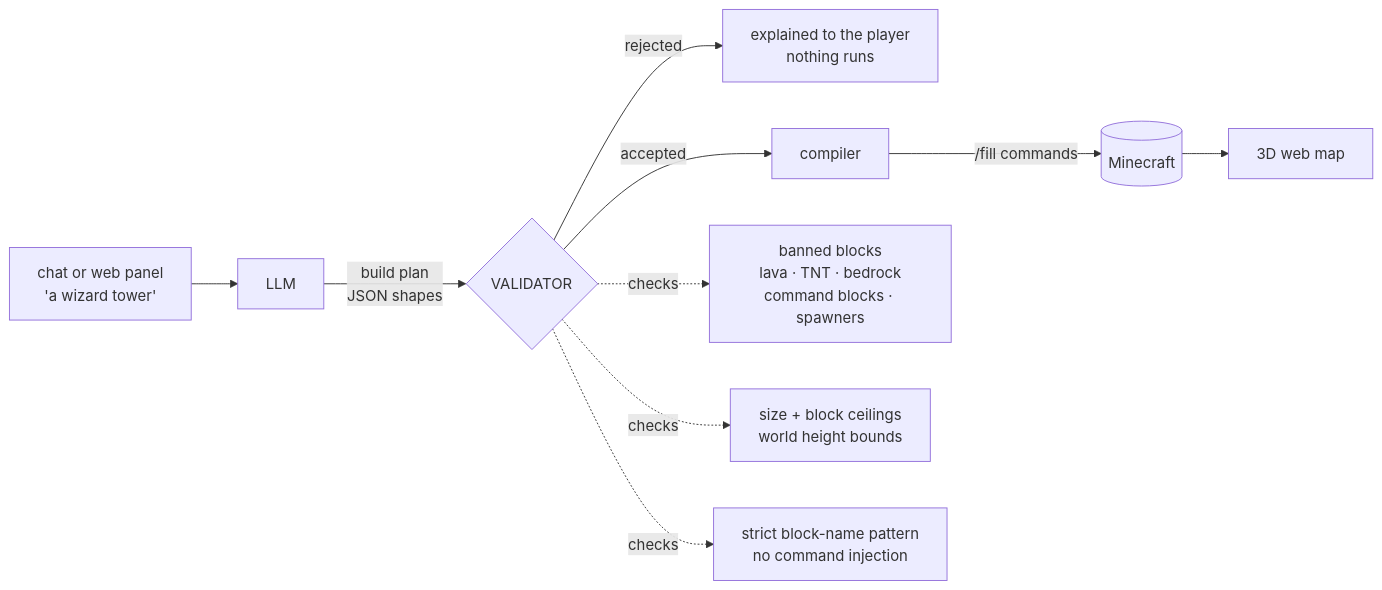
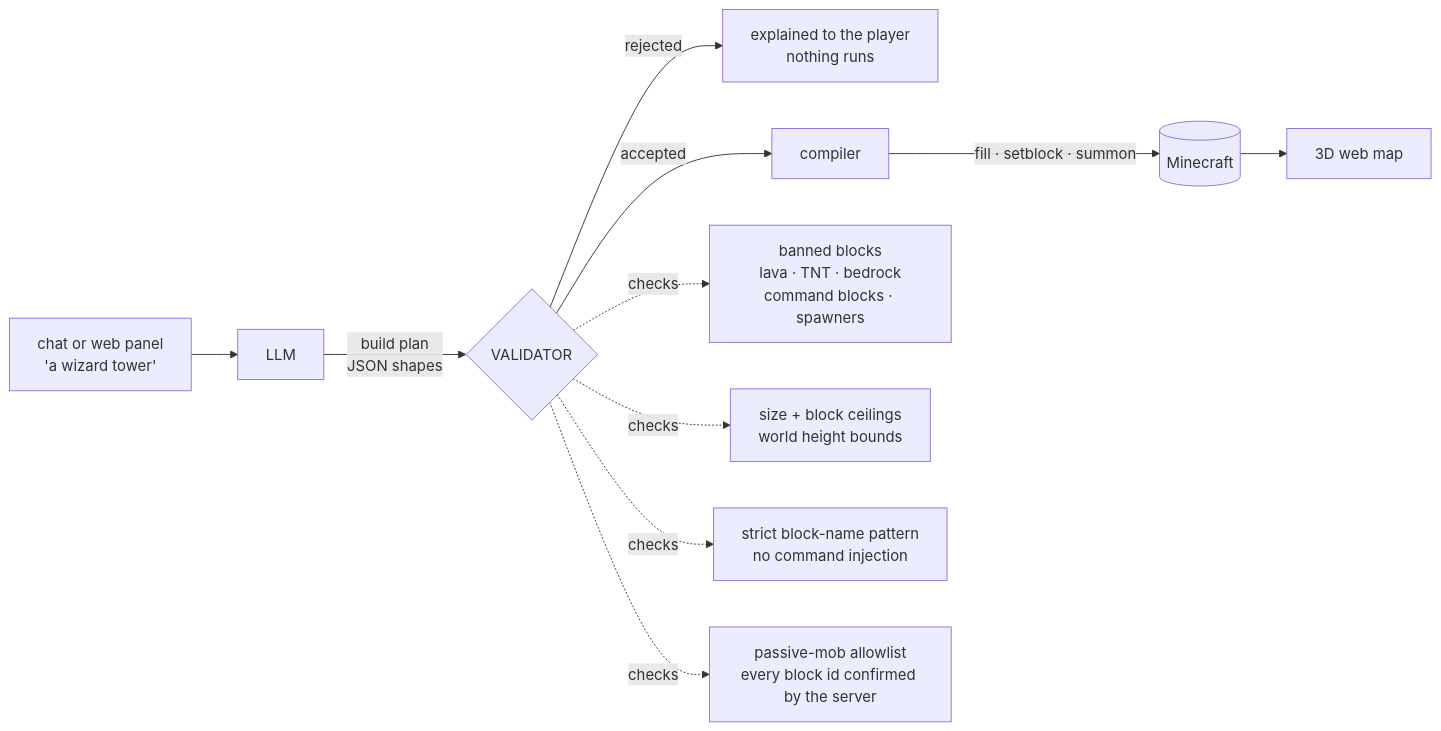
Before and after one commit to jhammant/minecraft-ai-build-server: the diagram in README.md, drawn with Mermaid. The commit also changed other lines of this file, not shown here.

````diff
--- a/README.md
+++ b/README.md
@@ -57,13 +60,14 @@
 ```mermaid
 flowchart LR
     A["chat or web panel<br/>'a wizard tower'"] --> B[LLM]
     B -->|build plan<br/>JSON shapes| C{VALIDATOR}
     C -->|rejected| X["explained to the player<br/>nothing runs"]
     C -->|accepted| D[compiler]
-    D -->|/fill commands| E[(Minecraft)]
+    D -->|fill · setblock · summon| E[(Minecraft)]
     E --> F[3D web map]
 
     C -.checks.-> C1["banned blocks<br/>lava · TNT · bedrock<br/>command blocks · spawners"]
     C -.checks.-> C2["size + block ceilings<br/>world height bounds"]
     C -.checks.-> C3["strict block-name pattern<br/>no command injection"]
+    C -.checks.-> C4["passive-mob allowlist<br/>every block id confirmed by the server"]
 ```
````
